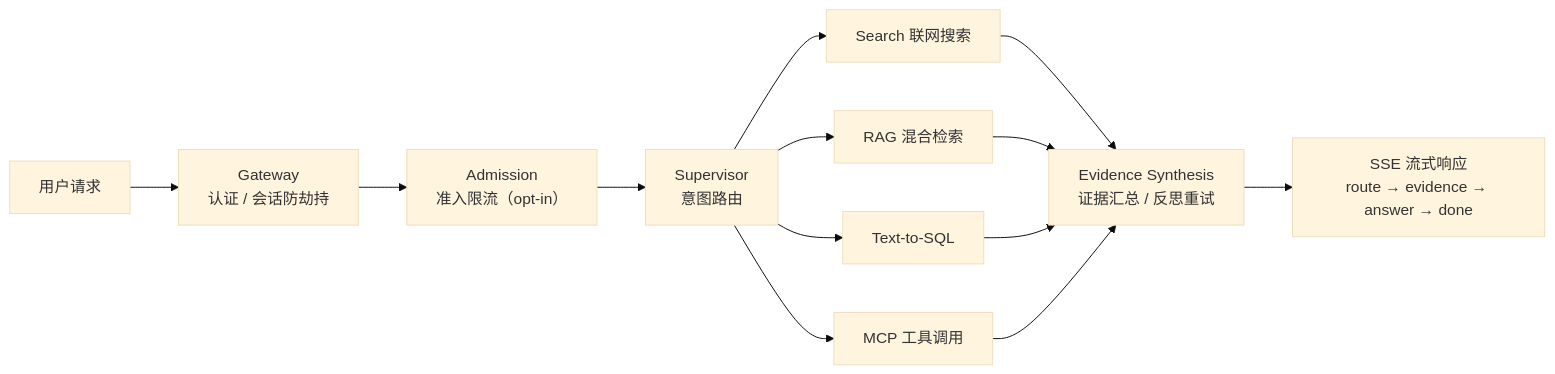
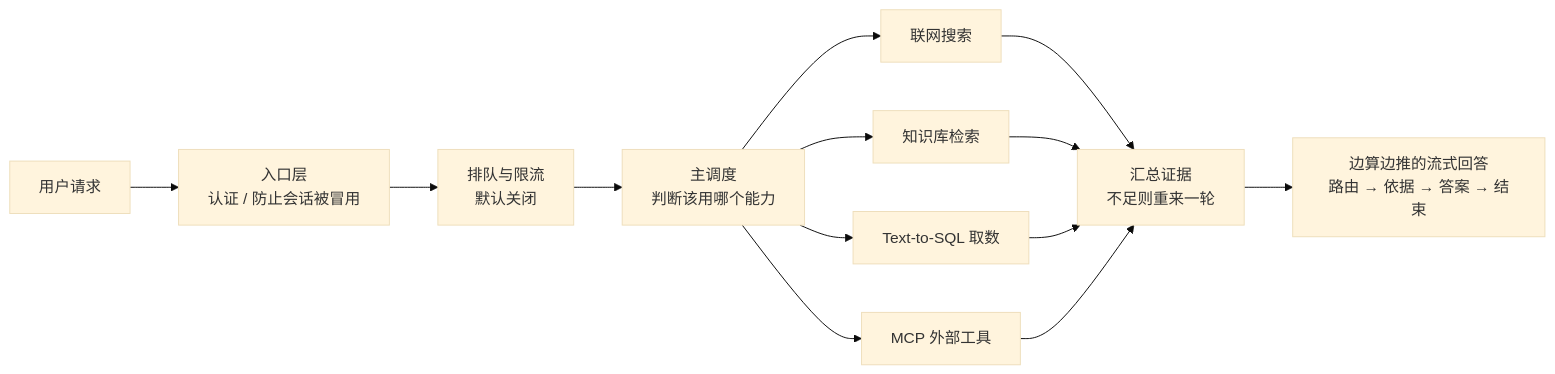
The diagram in docs/project-introduction-2026-10-12.md (Light-Towers/agent-platform), drawn with Mermaid (base theme) before and after one commit. The commit also changed other lines of this file, not shown here.

````diff
--- a/docs/project-introduction-2026-10-12.md
+++ b/docs/project-introduction-2026-10-12.md
@@ -55,12 +188,12 @@
 ```mermaid
 flowchart LR
-    A["用户请求"] --> B["Gateway<br/>认证 / 会话防劫持"]
-    B --> C["Admission<br/>准入限流（opt-in）"]
-    C --> D["Supervisor<br/>意图路由"]
-    D --> E["Search 联网搜索"]
-    D --> F["RAG 混合检索"]
-    D --> G["Text-to-SQL"]
-    D --> H["MCP 工具调用"]
-    E & F & G & H --> I["Evidence Synthesis<br/>证据汇总 / 反思重试"]
-    I --> J["SSE 流式响应<br/>route → evidence → answer → done"]
+    A["用户请求"] --> B["入口层<br/>认证 / 防止会话被冒用"]
+    B --> C["排队与限流<br/>默认关闭"]
+    C --> D["主调度<br/>判断该用哪个能力"]
+    D --> E["联网搜索"]
+    D --> F["知识库检索"]
+    D --> G["Text-to-SQL 取数"]
+    D --> H["MCP 外部工具"]
+    E & F & G & H --> I["汇总证据<br/>不足则重来一轮"]
+    I --> J["边算边推的流式回答<br/>路由 → 依据 → 答案 → 结束"]
 ```
````
